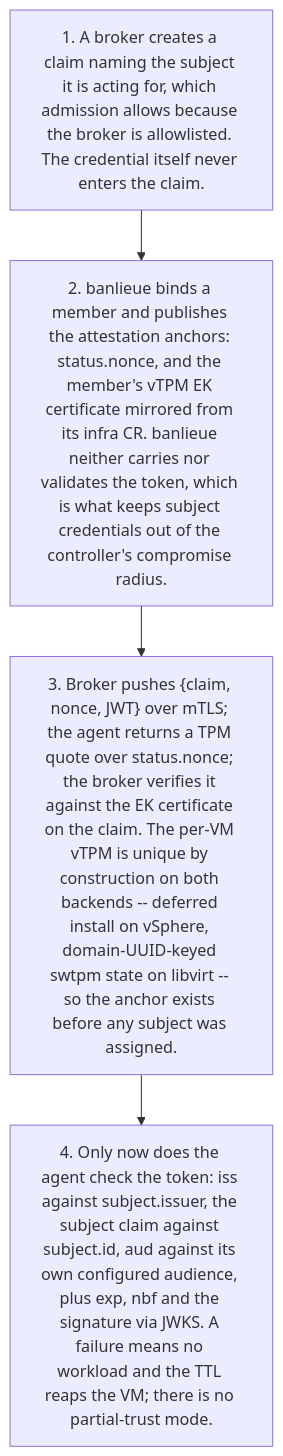
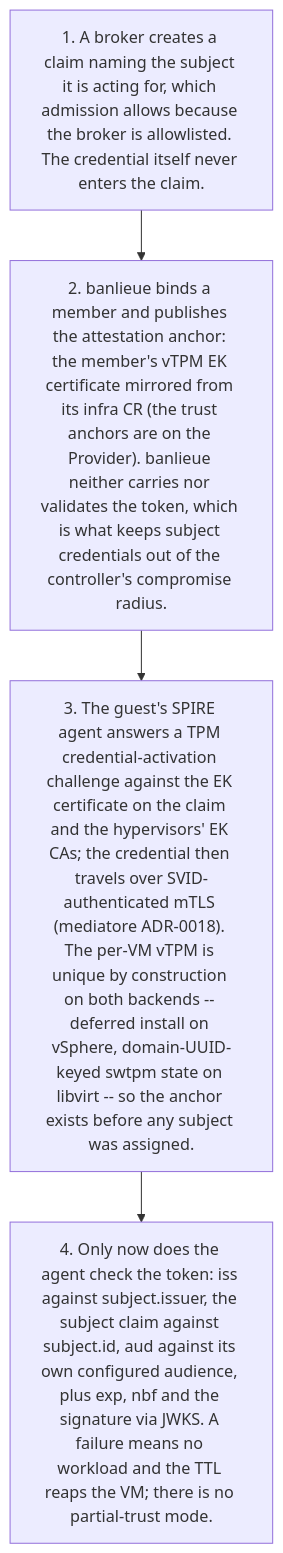
The tenth of 13 diagrams in docs/src/architecture/flows.md (firestoned/banlieue), drawn with Mermaid before and after one commit. The commit also changed other lines of this file and 20 other files, not shown here.

Commit message:
docs(adr): accept ADR-0108; amend ADR-0049 (SPIRE attestation, status.nonce retired) (#142)

````diff
--- a/docs/src/architecture/flows.md
+++ b/docs/src/architecture/flows.md
@@ -191,8 +191,8 @@
 ```mermaid
 flowchart TD
     t1["1. A broker creates a claim naming the subject it is acting for, which admission allows because the broker is allowlisted. The credential itself never enters the claim."]
-    t2["2. banlieue binds a member and publishes the attestation anchors: status.nonce, and the member's vTPM EK certificate mirrored from its infra CR. banlieue neither carries nor validates the token, which is what keeps subject credentials out of the controller's compromise radius."]
-    t3["3. Broker pushes {claim, nonce, JWT} over mTLS; the agent returns a TPM quote over status.nonce; the broker verifies it against the EK certificate on the claim. The per-VM vTPM is unique by construction on both backends -- deferred install on vSphere, domain-UUID-keyed swtpm state on libvirt -- so the anchor exists before any subject was assigned."]
+    t2["2. banlieue binds a member and publishes the attestation anchor: the member's vTPM EK certificate mirrored from its infra CR (the trust anchors are on the Provider). banlieue neither carries nor validates the token, which is what keeps subject credentials out of the controller's compromise radius."]
+    t3["3. The guest's SPIRE agent answers a TPM credential-activation challenge against the EK certificate on the claim and the hypervisors' EK CAs; the credential then travels over SVID-authenticated mTLS (mediatore ADR-0018). The per-VM vTPM is unique by construction on both backends -- deferred install on vSphere, domain-UUID-keyed swtpm state on libvirt -- so the anchor exists before any subject was assigned."]
     t4["4. Only now does the agent check the token: iss against subject.issuer, the subject claim against subject.id, aud against its own configured audience, plus exp, nbf and the signature via JWKS. A failure means no workload and the TTL reaps the VM; there is no partial-trust mode."]
     t1 --> t2 --> t3 --> t4
 ```
````
